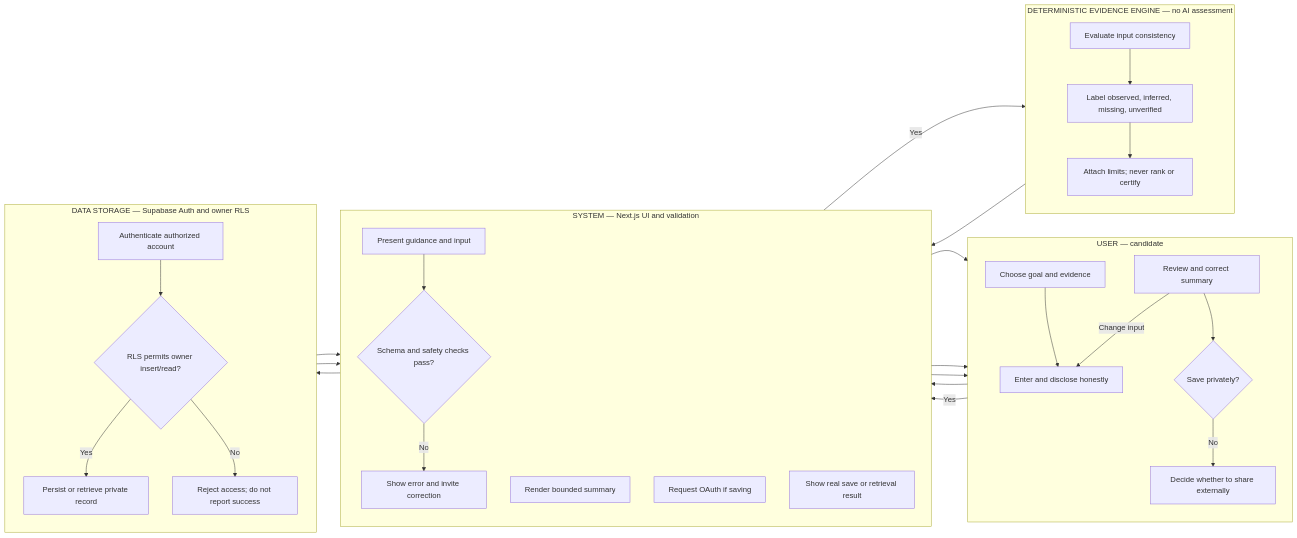
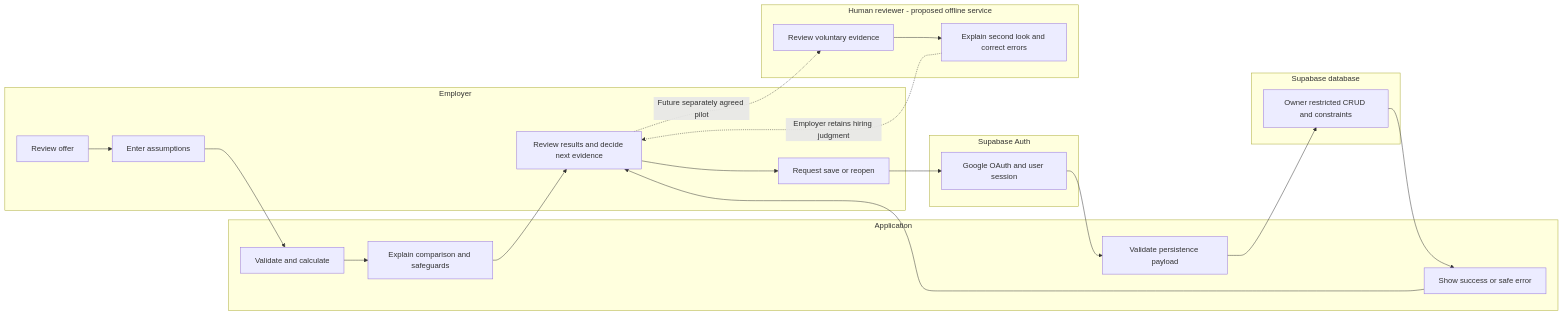
Before and after one commit to hanadagerab/proof-of-skill-week12: the second of 2 diagrams in docs/PACKET.md, drawn with Mermaid. The commit also changed other lines of this file, not shown here.

Commit message:
docs: add Week 14 pre-code packet draft and disclose mockup blocker

````diff
--- a/docs/PACKET.md
+++ b/docs/PACKET.md
@@ -144,38 +44,34 @@
 ```mermaid
 flowchart LR
-    subgraph USER[USER — candidate]
-      direction TB
-      U1[Choose goal and evidence] --> U2[Enter and disclose honestly]
-      U3[Review and correct summary] --> U4{Save privately?}
-      U5[Decide whether to share externally]
-    end
-    subgraph SYSTEM[SYSTEM — Next.js UI and validation]
-      direction TB
-      S1[Present guidance and input] --> S2{Schema and safety checks pass?}
-      S3[Show error and invite correction]
-      S4[Render bounded summary]
-      S5[Request OAuth if saving]
-      S6[Show real save or retrieval result]
-    end
-    subgraph ENGINE[DETERMINISTIC EVIDENCE ENGINE — no AI assessment]
-      direction TB
-      E1[Evaluate input consistency] --> E2[Label observed, inferred, missing, unverified]
-      E2 --> E3[Attach limits; never rank or certify]
-    end
-    subgraph DATA[DATA STORAGE — Supabase Auth and owner RLS]
-      direction TB
-      D1[Authenticate authorized account]
-      D2{RLS permits owner insert/read?}
-      D3[Persist or retrieve private record]
-      D4[Reject access; do not report success]
-    end
-    U2 --> S1
-    S2 -->|No| S3 --> U2
-    S2 -->|Yes| E1
-    E3 --> S4 --> U3
-    U3 -->|Change input| U2
-    U4 -->|No| U5
-    U4 -->|Yes| S5 --> D1 --> D2
-    D2 -->|Yes| D3 --> S6 --> U5
-    D2 -->|No| D4 --> S6
+ subgraph Employer
+ A[Review offer] --> B[Enter assumptions]
+ C[Request save or reopen]
+ J[Review results and decide next evidence]
+ end
+ subgraph Application
+ D[Validate and calculate] --> E[Explain comparison and safeguards]
+ F[Validate persistence payload]
+ G[Show success or safe error]
+ end
+ subgraph Supabase_Auth[Supabase Auth]
+ H[Google OAuth and user session]
+ end
+ subgraph Database[Supabase database]
+ I[Owner restricted CRUD and constraints]
+ end
+ subgraph Reviewer[Human reviewer - proposed offline service]
+ K[Review voluntary evidence]
+ L[Explain second look and correct errors]
+ K --> L
+ end
+ B --> D
+ E --> J
+ J --> C
+ C --> H
+ H --> F
+ F --> I
+ I --> G
+ G --> J
+ J -. Future separately agreed pilot .-> K
+ L -. Employer retains hiring judgment .-> J
 ```
````
